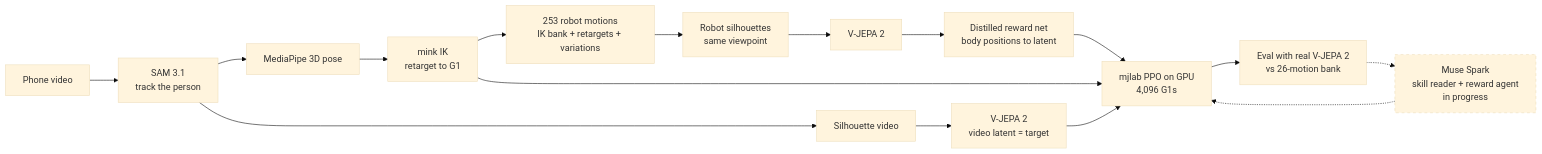
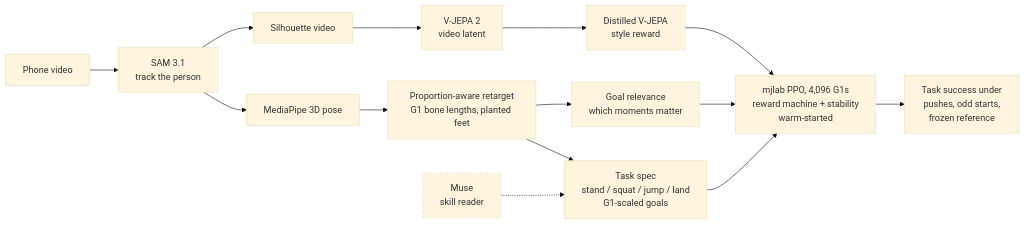
Before and after one commit to PandaGrdn/athlete2humanoid: the diagram in README.md, drawn with Mermaid (base theme). The commit also changed other lines of this file and 2 other files, not shown here.

Commit message:
README: lead with the final squat-jump results and robustness; results tables in docs/results

````diff
--- a/README.md
+++ b/README.md
@@ -19,20 +17,16 @@
 ```mermaid
 flowchart LR
     V[Phone video] --> SAM[SAM 3.1<br/>track the person]
     SAM --> POSE[MediaPipe 3D pose]
-    POSE --> IK[mink IK<br/>retarget to G1]
-    SAM --> SIL[Silhouette video]
-    SIL --> VJ[V-JEPA 2<br/>video latent = target]
-
-    IK --> DS[253 robot motions<br/>IK bank + retargets + variations]
-    DS --> REN[Robot silhouettes<br/>same viewpoint] --> VJ2[V-JEPA 2] --> NET[Distilled reward net<br/>body positions to latent]
-
-    IK --> RL[mjlab PPO on GPU<br/>4,096 G1s]
-    VJ --> RL
+    POSE --> IK[Proportion-aware retarget<br/>G1 bone lengths, planted feet]
+    SAM --> SIL[Silhouette video] --> VJ[V-JEPA 2<br/>video latent]
+    MUSE[Muse<br/>skill reader]:::wip -.-> SPEC
+    IK --> SPEC[Task spec<br/>stand / squat / jump / land<br/>G1-scaled goals]
+    IK --> IMP[Goal relevance<br/>which moments matter]
+    VJ --> NET[Distilled V-JEPA<br/>style reward]
+    SPEC --> RL[mjlab PPO, 4,096 G1s<br/>reward machine + stability<br/>warm-started]
     NET --> RL
-    RL --> EVAL[Eval with real V-JEPA 2<br/>vs 26-motion bank]
-
-    MUSE[Muse Spark<br/>skill reader + reward agent<br/>in progress]:::wip -.-> RL
-    EVAL -.-> MUSE
+    IMP --> RL
+    RL --> EVAL[Task success under<br/>pushes, odd starts,<br/>frozen reference]
     classDef wip stroke-dasharray: 5 5
 ```
````
